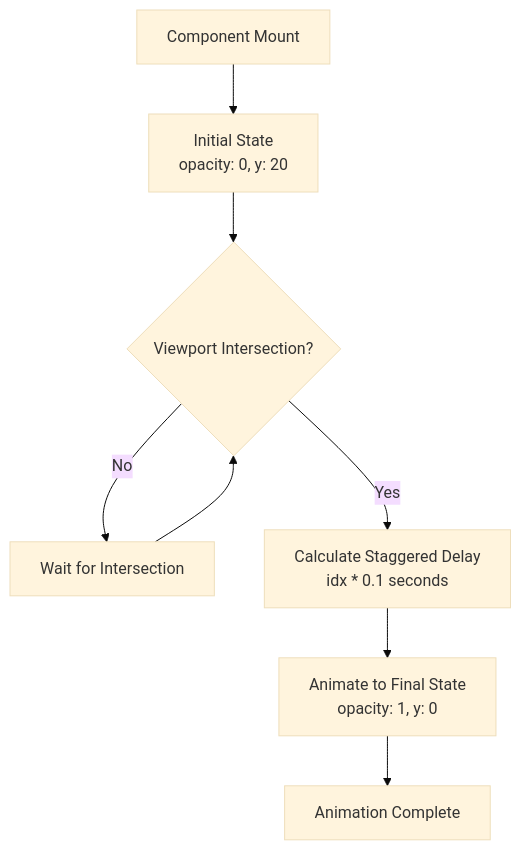
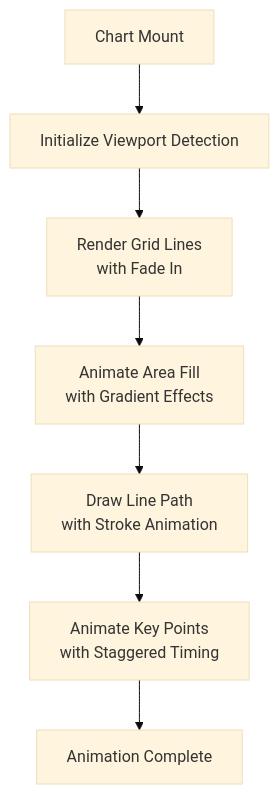
Before and after one commit to subash7781/Portfolio: the fifth of 7 diagrams in .qoder/repowiki/en/content/Component Library & UI Elements/ImpactSection Component.md, drawn with Mermaid (base theme). The commit also changed other lines of this file and 6 other files, not shown here.

````diff
--- a/.qoder/repowiki/en/content/Component Library & UI Elements/ImpactSection Component.md
+++ b/.qoder/repowiki/en/content/Component Library & UI Elements/ImpactSection Component.md
@@ -143,10 +170,9 @@
 ```mermaid
 flowchart TD
-Mount["Component Mount"] --> Init["Initial State<br/>opacity: 0, y: 20"]
-Init --> ViewportCheck{"Viewport Intersection?"}
-ViewportCheck --> |No| Wait["Wait for Intersection"]
-ViewportCheck --> |Yes| Stagger["Calculate Staggered Delay<br/>idx * 0.1 seconds"]
-Stagger --> Animate["Animate to Final State<br/>opacity: 1, y: 0"]
-Animate --> Complete["Animation Complete"]
-Wait --> ViewportCheck
+Mount["Chart Mount"] --> Init["Initialize Viewport Detection"]
+Init --> GridLines["Render Grid Lines<br/>with Fade In"]
+GridLines --> AreaFill["Animate Area Fill<br/>with Gradient Effects"]
+AreaFill --> LineDraw["Draw Line Path<br/>with Stroke Animation"]
+LineDraw --> DotAppear["Animate Key Points<br/>with Staggered Timing"]
+DotAppear --> Complete["Animation Complete"]
 ```
````
